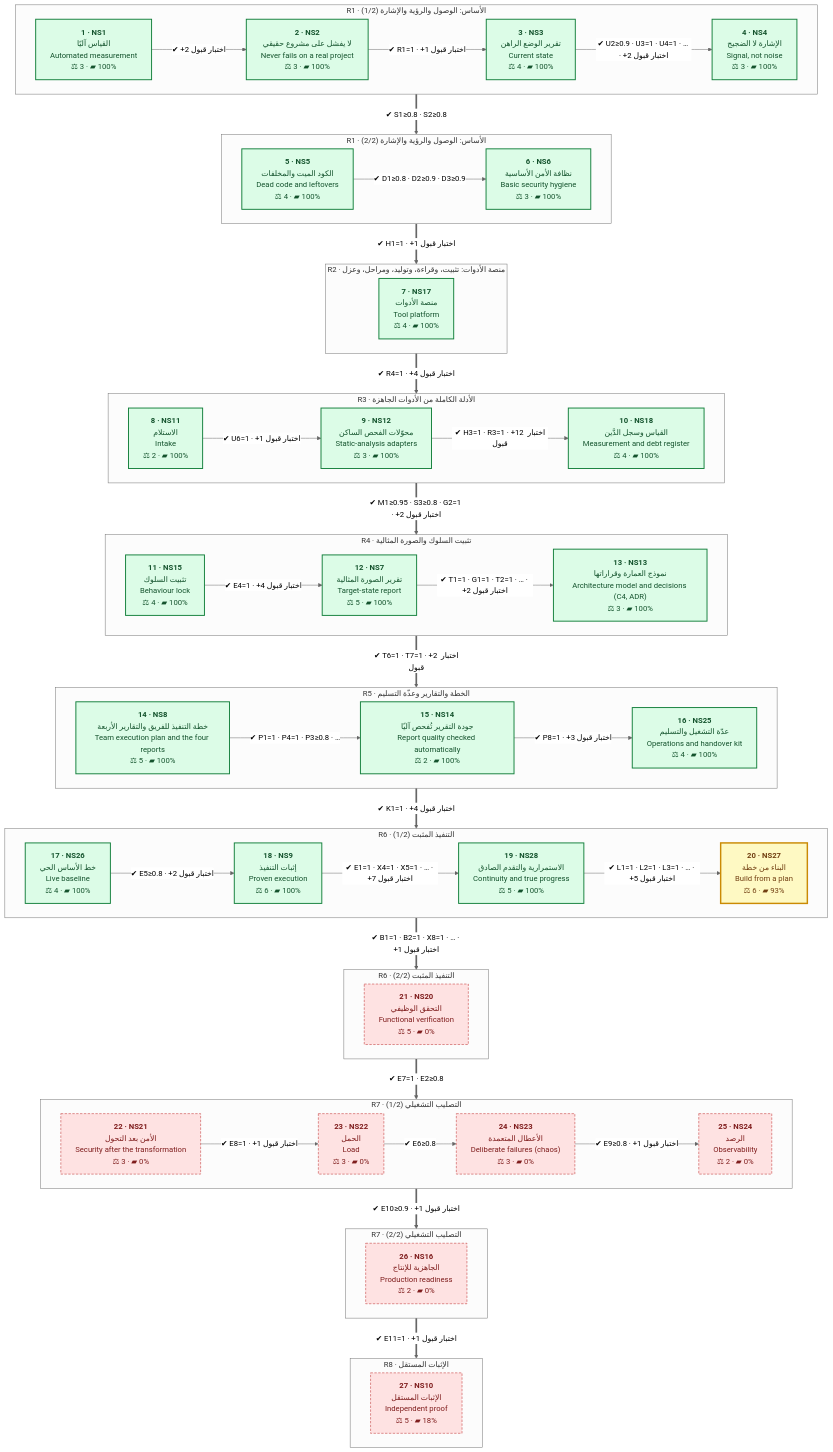
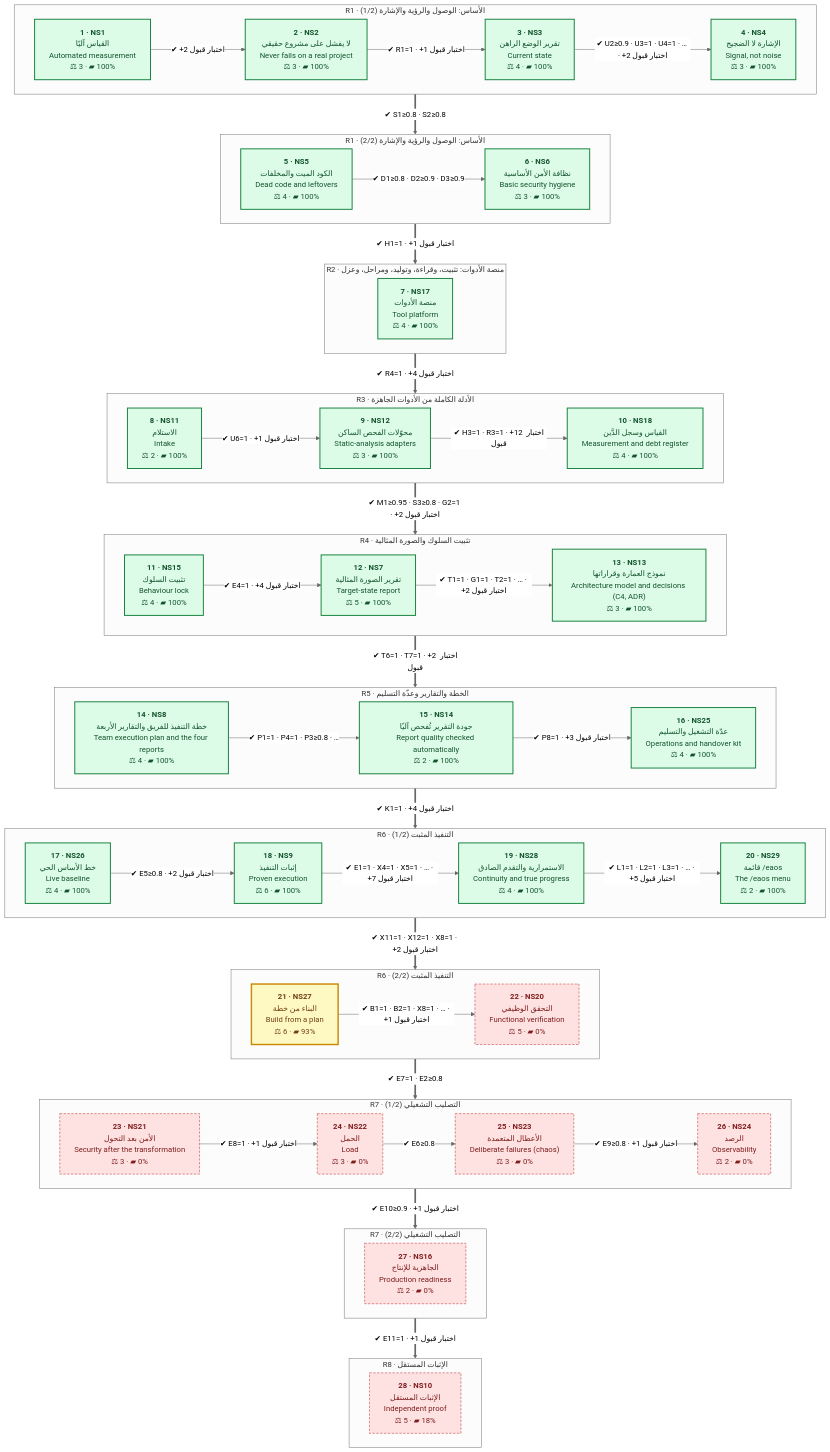
One commit to eom1417/engineering-audit-os changed the second of 2 diagrams in README.md. Above: the diagram before and after it, drawn with Mermaid (neutral theme). The commit also changed other lines of this file and 23 other files, not shown here.

First line of the commit message:
0.0.2: /eaos alone shows a menu of what EAOS can do for this project now (NS29, X11 = X12 = 1.0)

```diff
--- a/README.md
+++ b/README.md
@@ -283,7 +287,7 @@
     end
     subgraph R5_1["R5 · الخطة والتقارير وعدّة التسليم"]
         direction LR
-        NS8["<b>14 · NS8</b><br/>خطة التنفيذ للفريق والتقارير الأربعة<br/>Team execution plan and the four reports<br/>⚖ 5 · ▰ 100%"]:::done
+        NS8["<b>14 · NS8</b><br/>خطة التنفيذ للفريق والتقارير الأربعة<br/>Team execution plan and the four reports<br/>⚖ 4 · ▰ 100%"]:::done
         NS14["<b>15 · NS14</b><br/>جودة التقرير تُفحص آليًا<br/>Report quality checked automatically<br/>⚖ 2 · ▰ 100%"]:::done
         NS25["<b>16 · NS25</b><br/>عدّة التشغيل والتسليم<br/>Operations and handover kit<br/>⚖ 4 · ▰ 100%"]:::done
         NS8 -->|"✔ P1=1 · P4=1 · P3≥0.8 · …"| NS14
@@ -293,33 +297,35 @@
         direction LR
         NS26["<b>17 · NS26</b><br/>خط الأساس الحي<br/>Live baseline<br/>⚖ 4 · ▰ 100%"]:::done
         NS9["<b>18 · NS9</b><br/>إثبات التنفيذ<br/>Proven execution<br/>⚖ 6 · ▰ 100%"]:::done
-        NS28["<b>19 · NS28</b><br/>الاستمرارية والتقدم الصادق<br/>Continuity and true progress<br/>⚖ 5 · ▰ 100%"]:::done
-        NS27["<b>20 · NS27</b><br/>البناء من خطة<br/>Build from a plan<br/>⚖ 6 · ▰ 93%"]:::current
+        NS28["<b>19 · NS28</b><br/>الاستمرارية والتقدم الصادق<br/>Continuity and true progress<br/>⚖ 4 · ▰ 100%"]:::done
+        NS29["<b>20 · NS29</b><br/>قائمة /eaos<br/>The /eaos menu<br/>⚖ 2 · ▰ 100%"]:::done
         NS26 -->|"✔ E5≥0.8 · +2 اختبار قبول"| NS9
         NS9 -->|"✔ E1=1 · X4=1 · X5=1 · … · +7 اختبار قبول"| NS28
-        NS28 -->|"✔ L1=1 · L2=1 · L3=1 · … · +5 اختبار قبول"| NS27
+        NS28 -->|"✔ L1=1 · L2=1 · L3=1 · … · +5 اختبار قبول"| NS29
     end
     subgraph R6_2["R6 · التنفيذ المثبت (2/2)"]
         direction LR
-        NS20["<b>21 · NS20</b><br/>التحقق الوظيفي<br/>Functional verification<br/>⚖ 5 · ▰ 0%"]:::owner
+        NS27["<b>21 · NS27</b><br/>البناء من خطة<br/>Build from a plan<br/>⚖ 6 · ▰ 93%"]:::current
+        NS20["<b>22 · NS20</b><br/>التحقق الوظيفي<br/>Functional verification<br/>⚖ 5 · ▰ 0%"]:::owner
+        NS27 -->|"✔ B1=1 · B2=1 · X8=1 · … · +1 اختبار قبول"| NS20
     end
     subgraph R7_1["R7 · التصليب التشغيلي (1/2)"]
         direction LR
-        NS21["<b>22 · NS21</b><br/>الأمن بعد التحول<br/>Security after the transformation<br/>⚖ 3 · ▰ 0%"]:::owner
-        NS22["<b>23 · NS22</b><br/>الحمل<br/>Load<br/>⚖ 3 · ▰ 0%"]:::owner
-        NS23["<b>24 · NS23</b><br/>الأعطال المتعمدة<br/>Deliberate failures (chaos)<br/>⚖ 3 · ▰ 0%"]:::owner
-        NS24["<b>25 · NS24</b><br/>الرصد<br/>Observability<br/>⚖ 2 · ▰ 0%"]:::owner
+        NS21["<b>23 · NS21</b><br/>الأمن بعد التحول<br/>Security after the transformation<br/>⚖ 3 · ▰ 0%"]:::owner
+        NS22["<b>24 · NS22</b><br/>الحمل<br/>Load<br/>⚖ 3 · ▰ 0%"]:::owner
+        NS23["<b>25 · NS23</b><br/>الأعطال المتعمدة<br/>Deliberate failures (chaos)<br/>⚖ 3 · ▰ 0%"]:::owner
+        NS24["<b>26 · NS24</b><br/>الرصد<br/>Observability<br/>⚖ 2 · ▰ 0%"]:::owner
         NS21 -->|"✔ E8=1 · +1 اختبار قبول"| NS22
         NS22 -->|"✔ E6≥0.8"| NS23
         NS23 -->|"✔ E9≥0.8 · +1 اختبار قبول"| NS24
     end
     subgraph R7_2["R7 · التصليب التشغيلي (2/2)"]
         direction LR
-        NS16["<b>26 · NS16</b><br/>الجاهزية للإنتاج<br/>Production readiness<br/>⚖ 2 · ▰ 0%"]:::owner
+        NS16["<b>27 · NS16</b><br/>الجاهزية للإنتاج<br/>Production readiness<br/>⚖ 2 · ▰ 0%"]:::owner
     end
     subgraph R8_1["R8 · الإثبات المستقل"]
         direction LR
-        NS10["<b>27 · NS10</b><br/>الإثبات المستقل<br/>Independent proof<br/>⚖ 5 · ▰ 18%"]:::owner
+        NS10["<b>28 · NS10</b><br/>الإثبات المستقل<br/>Independent proof<br/>⚖ 5 · ▰ 18%"]:::owner
     end
     R1_1 ==>|"✔ S1≥0.8 · S2≥0.8"| R1_2
     R1_2 ==>|"✔ H1=1 · +1 اختبار قبول"| R2_1
@@ -327,7 +333,7 @@
     R3_1 ==>|"✔ M1≥0.95 · S3≥0.8 · G2=1 · +2 اختبار قبول"| R4_1
     R4_1 ==>|"✔ T6=1 · T7=1 · +2 اختبار قبول"| R5_1
     R5_1 ==>|"✔ K1=1 · +4 اختبار قبول"| R6_1
-    R6_1 ==>|"✔ B1=1 · B2=1 · X8=1 · … · +1 اختبار قبول"| R6_2
+    R6_1 ==>|"✔ X11=1 · X12=1 · X8=1 · +2 اختبار قبول"| R6_2
     R6_2 ==>|"✔ E7=1 · E2≥0.8"| R7_1
     R7_1 ==>|"✔ E10≥0.9 · +1 اختبار قبول"| R7_2
     R7_2 ==>|"✔ E11=1 · +1 اختبار قبول"| R8_1
```
